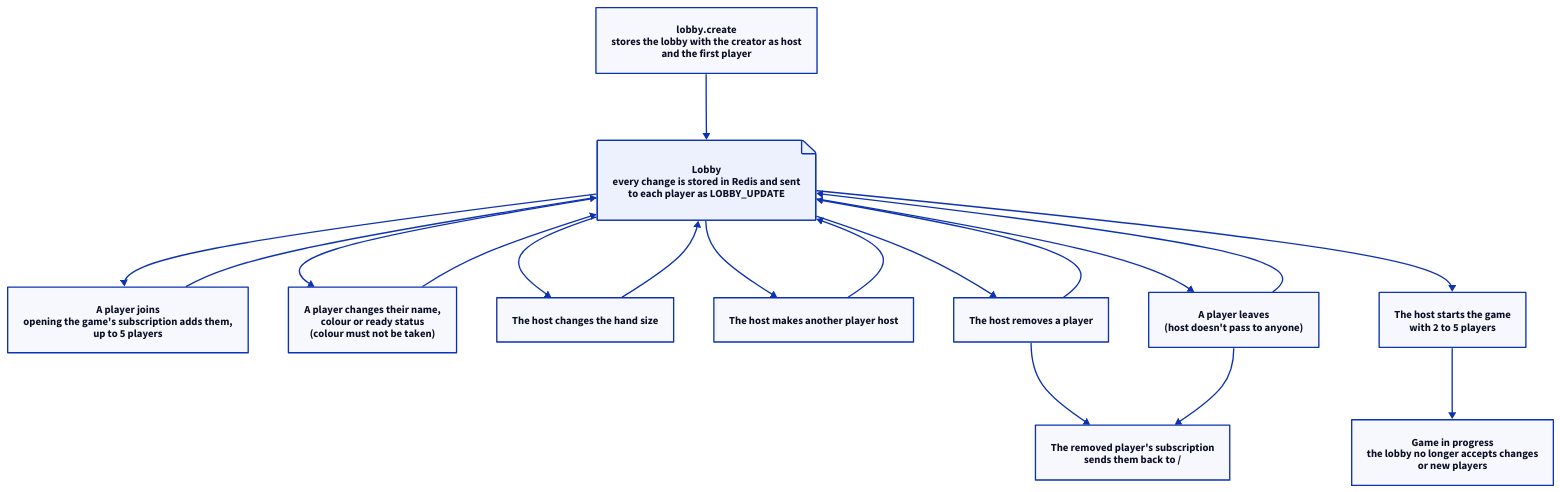
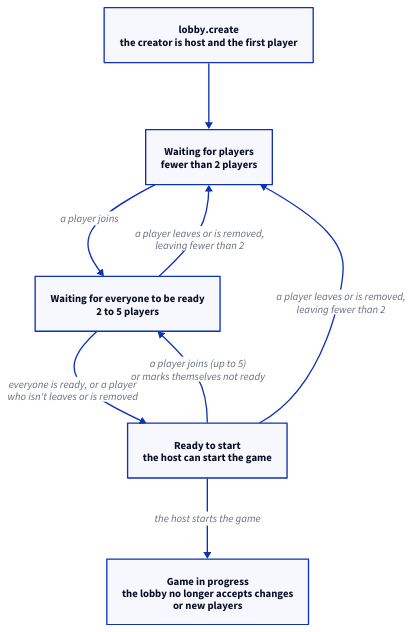
Before and after one commit to alastair-smith/card-games: the diagram in apps/docs/diagrams/flows/lobby.d2, drawn with D2. The commit also changed 32 other files, not shown here.

```diff
--- a/apps/docs/diagrams/flows/lobby.d2
+++ b/apps/docs/diagrams/flows/lobby.d2
@@ -1,39 +1,19 @@
 direction: down
 
-create: "lobby.create\nstores the lobby with the creator as host\nand the first player"
+create: "lobby.create\nthe creator is host and the first player"
 
-lobby: "Lobby\nevery change is stored in Redis and sent\nto each player as LOBBY_UPDATE" {
-  shape: page
-}
-
-join: "A player joins\nopening the game's subscription adds them,\nup to 5 players"
-update-player: "A player changes their name,\ncolour or ready status\n(colour must not be taken)"
-settings: "The host changes the hand size"
-make-host: "The host makes another player host"
-kick: "The host removes a player"
-leave: "A player leaves\n(host doesn't pass to anyone)"
-removed: "The removed player's subscription\nsends them back to /"
-
-start: "The host starts the game\nwith 2 to 5 players"
+waiting-for-players: "Waiting for players\nfewer than 2 players"
+waiting-for-ready: "Waiting for everyone to be ready\n2 to 5 players"
+ready: "Ready to start\nthe host can start the game"
 in-progress: "Game in progress\nthe lobby no longer accepts changes\nor new players"
 
-create -> lobby
+create -> waiting-for-players
+waiting-for-players -> waiting-for-ready: "a player joins"
+waiting-for-ready -> ready: "everyone is ready, or a player\nwho isn't leaves or is removed"
+ready -> in-progress: "the host starts the game"
 
-lobby -> join
-lobby -> update-player
-lobby -> settings
-lobby -> make-host
-lobby -> kick
-lobby -> leave
-
-join -> lobby
-update-player -> lobby
-settings -> lobby
-make-host -> lobby
-kick -> lobby
-leave -> lobby
-kick -> removed
-leave -> removed
-
-lobby -> start
-start -> in-progress
+# Steps back are written from the earlier stage, so the layout keeps the
+# stages in order from top to bottom
+waiting-for-ready <- ready: "a player joins (up to 5)\nor marks themselves not ready"
+waiting-for-players <- waiting-for-ready: "a player leaves or is removed,\nleaving fewer than 2"
+waiting-for-players <- ready: "a player leaves or is removed,\nleaving fewer than 2"
```
